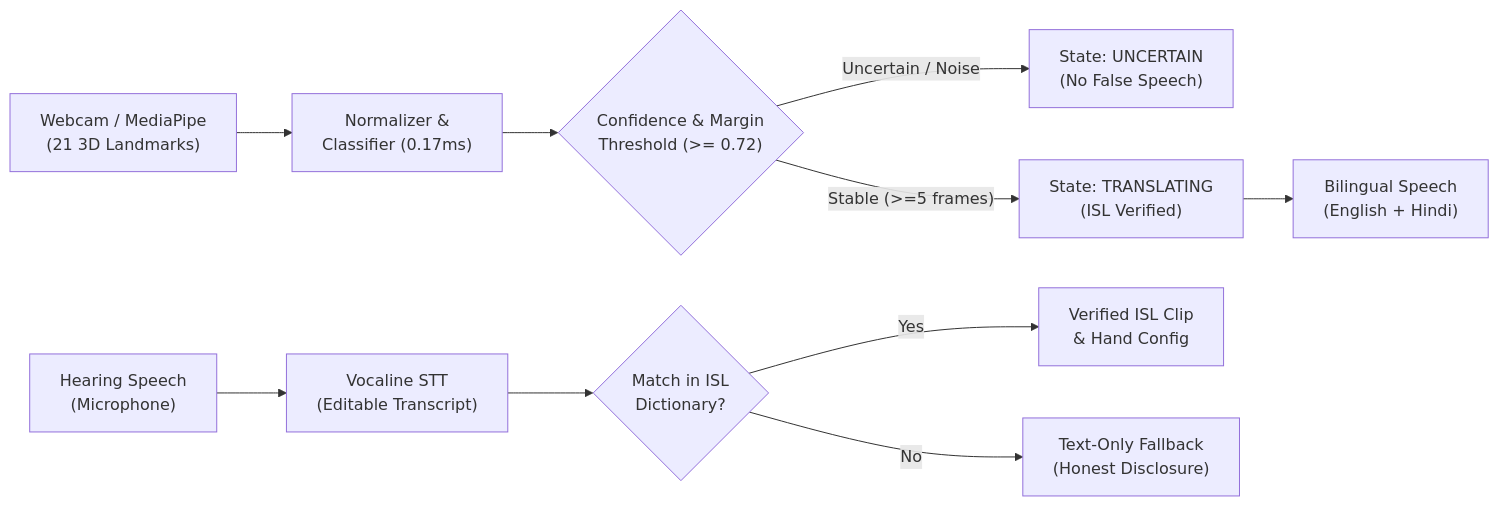
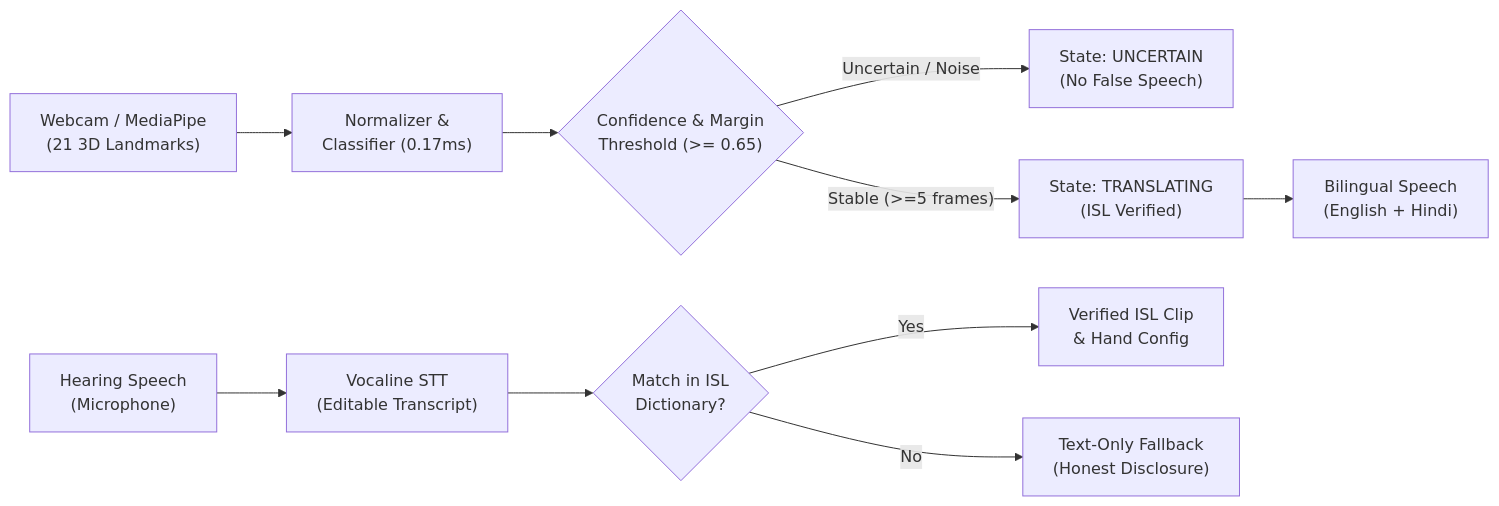
Before and after one commit to tanishqkolhatkar93/Signify: the diagram in README.md, drawn with Mermaid. The commit also changed other lines of this file and 14 other files, not shown here.

Commit message:
tune(vision): adjust confidence threshold to 0.65 and temporal smoothing to 3 frames

````diff
--- a/README.md
+++ b/README.md
@@ -46,13 +46,13 @@
 ```mermaid
 flowchart LR
     A["Webcam / MediaPipe<br/>(21 3D Landmarks)"] --> B["Normalizer &<br/>Classifier (0.17ms)"]
-    B --> C{"Confidence & Margin<br/>Threshold (>= 0.72)"}
+    B --> C{"Confidence & Margin<br/>Threshold (>= 0.65)"}
     C -- "Uncertain / Noise" --> D["State: UNCERTAIN<br/>(No False Speech)"]
     C -- "Stable (>=5 frames)" --> E["State: TRANSLATING<br/>(ISL Verified)"]
     E --> F["Bilingual Speech<br/>(English + Hindi)"]
     
     G["Hearing Speech<br/>(Microphone)"] --> H["Vocaline STT<br/>(Editable Transcript)"]
     H --> I{"Match in ISL<br/>Dictionary?"}
     I -- "Yes" --> J["Verified ISL Clip<br/>& Hand Config"]
     I -- "No" --> K["Text-Only Fallback<br/>(Honest Disclosure)"]
 ```
````
